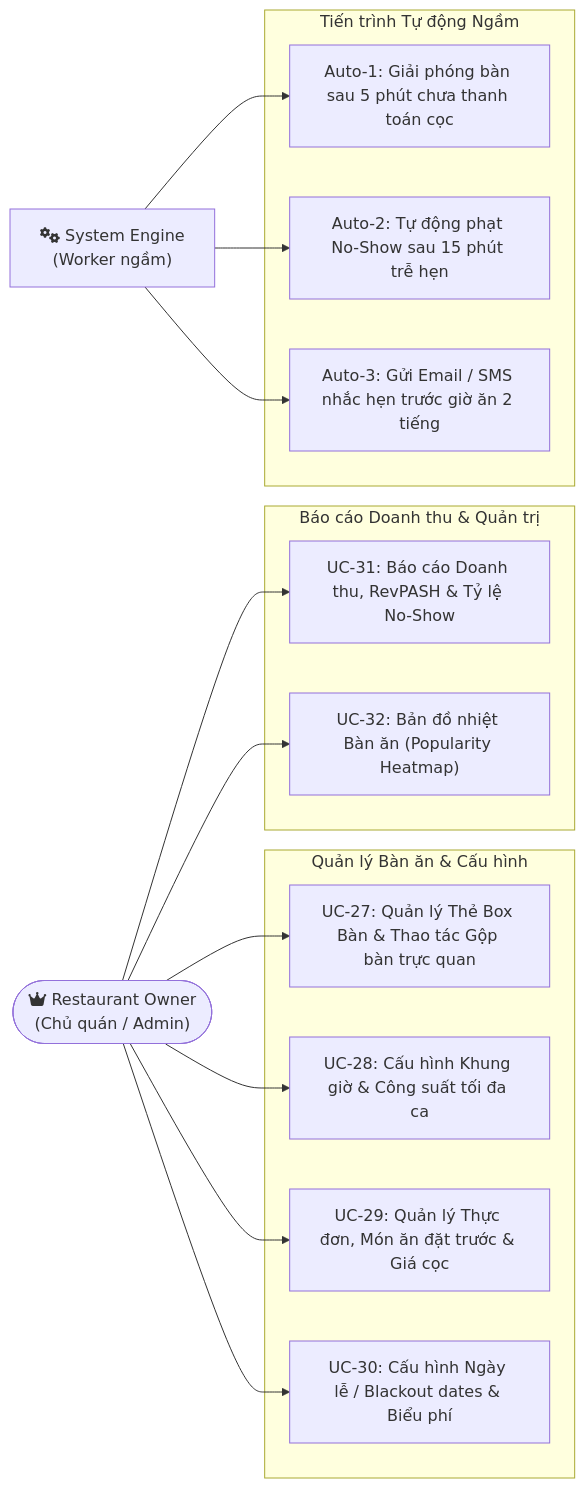
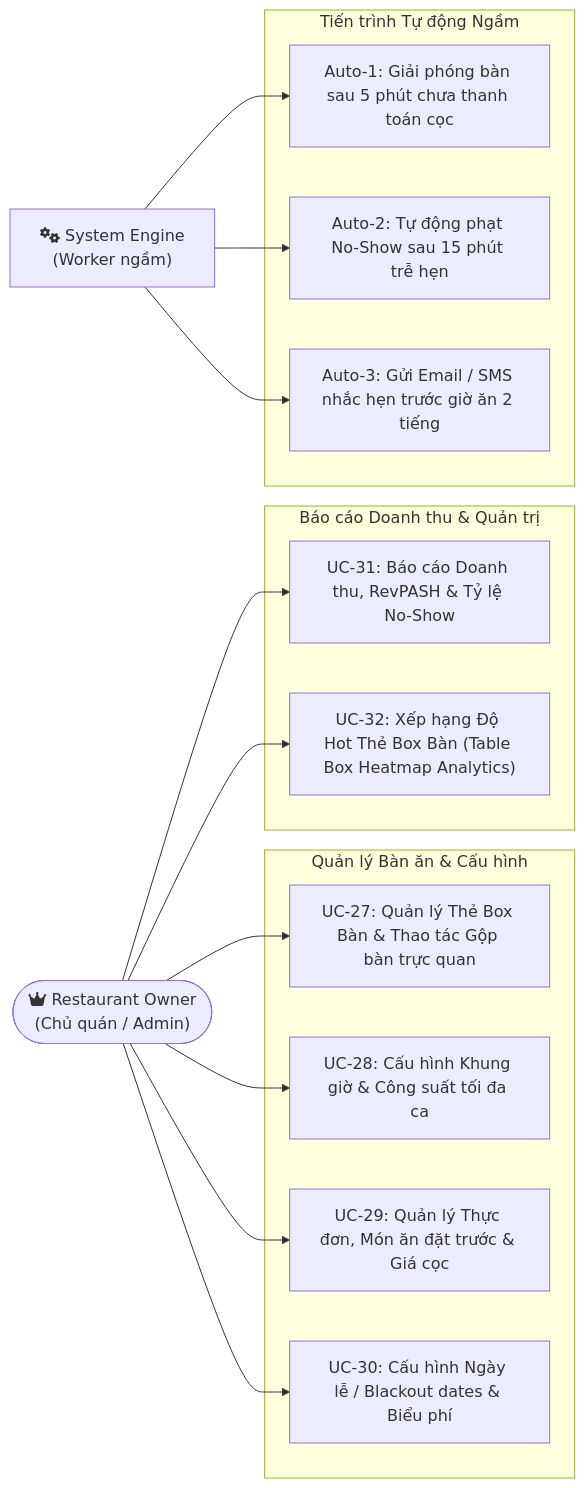
Before and after one commit to Nhatduy160205/Project_SBA301: the third of 5 diagrams in doc/USE_CASES_AND_FEATURES_TABLEMASTER.md, drawn with Mermaid. The commit also changed other lines of this file and 4 other files, not shown here.

Commit message:
docs: update UC-32 table box heatmap analytics specification and backlog

````diff
--- a/doc/USE_CASES_AND_FEATURES_TABLEMASTER.md
+++ b/doc/USE_CASES_AND_FEATURES_TABLEMASTER.md
@@ -194,34 +194,34 @@
 ```mermaid
 flowchart LR
     Admin(["fa:fa-crown Restaurant Owner<br>(Chủ quán / Admin)"])
     AutoWorker["fa:fa-gears System Engine<br>(Worker ngầm)"]
 
     subgraph Sub_Builder ["Quản lý Bàn ăn & Cấu hình"]
         UC27["UC-27: Quản lý Thẻ Box Bàn & Thao tác Gộp bàn trực quan"]
         UC28["UC-28: Cấu hình Khung giờ & Công suất tối đa ca"]
         UC29["UC-29: Quản lý Thực đơn, Món ăn đặt trước & Giá cọc"]
         UC30["UC-30: Cấu hình Ngày lễ / Blackout dates & Biểu phí"]
     end
 
     subgraph Sub_Analytics ["Báo cáo Doanh thu & Quản trị"]
         UC31["UC-31: Báo cáo Doanh thu, RevPASH & Tỷ lệ No-Show"]
-        UC32["UC-32: Bản đồ nhiệt Bàn ăn (Popularity Heatmap)"]
+        UC32["UC-32: Xếp hạng Độ Hot Thẻ Box Bàn (Table Box Heatmap Analytics)"]
     end
 
     subgraph Sub_Auto ["Tiến trình Tự động Ngầm"]
         UC_A1["Auto-1: Giải phóng bàn sau 5 phút chưa thanh toán cọc"]
         UC_A2["Auto-2: Tự động phạt No-Show sau 15 phút trễ hẹn"]
         UC_A3["Auto-3: Gửi Email / SMS nhắc hẹn trước giờ ăn 2 tiếng"]
     end
 
     Admin --> UC27
     Admin --> UC28
     Admin --> UC29
     Admin --> UC30
     Admin --> UC31
     Admin --> UC32
 
     AutoWorker --> UC_A1
     AutoWorker --> UC_A2
     AutoWorker --> UC_A3
 ```
````
